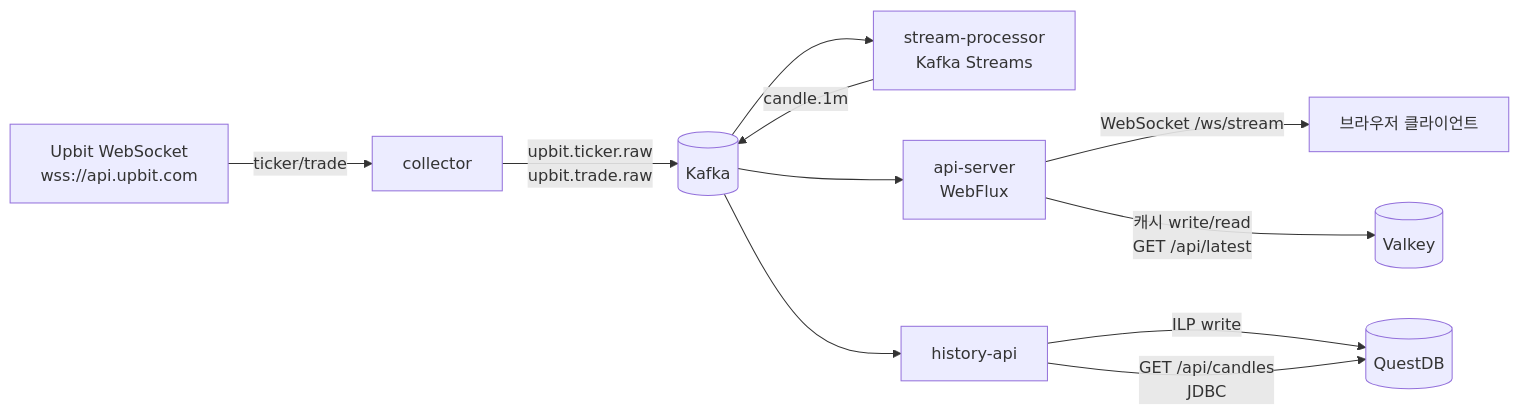
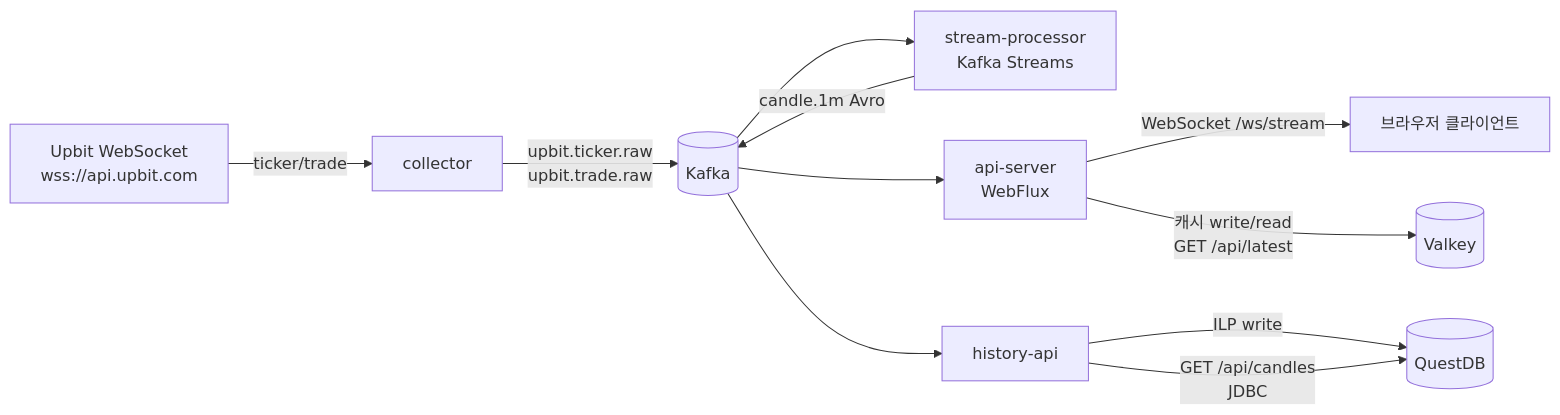
Before and after one commit to ShinSungRok/upbit-price-stream: the first of 2 diagrams in README.md, drawn with Mermaid. The commit also changed other lines of this file, not shown here.

Commit message:
README: Avro + Apicurio 스키마 레지스트리 완료 반영

````diff
--- a/README.md
+++ b/README.md
@@ -23,13 +25,13 @@
 ```mermaid
 graph LR
     U[Upbit WebSocket<br/>wss://api.upbit.com] -->|ticker/trade| C[collector]
     C -->|upbit.ticker.raw<br/>upbit.trade.raw| K[(Kafka)]
     K --> SP[stream-processor<br/>Kafka Streams]
-    SP -->|candle.1m| K
+    SP -->|candle.1m Avro| K
     K --> API[api-server<br/>WebFlux]
     API -->|WebSocket /ws/stream| CLIENT[브라우저 클라이언트]
     API -->|캐시 write/read<br/>GET /api/latest| VK[(Valkey)]
     K --> HA[history-api]
     HA -->|ILP write| QDB[(QuestDB)]
     HA -->|GET /api/candles<br/>JDBC| QDB
 ```
````
